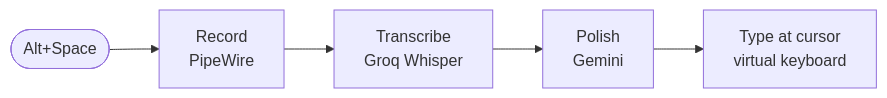
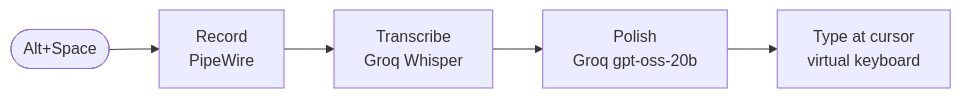
Before and after one commit to anirudhprashant/tuxspeak: the diagram in README.md, drawn with Mermaid. The commit also changed other lines of this file and 4 other files, not shown here.

First line of the commit message:
Faster dictation: Groq polish, typed recording marker, Alt-tap stop

````diff
--- a/README.md
+++ b/README.md
@@ -57,7 +57,7 @@
 ```mermaid
 flowchart LR
   A(["Alt+Space"]) --> B["Record<br/>PipeWire"]
   B --> C["Transcribe<br/>Groq Whisper"]
-  C --> D["Polish<br/>Gemini"]
+  C --> D["Polish<br/>Groq gpt-oss-20b"]
   D --> E["Type at cursor<br/>virtual keyboard"]
 ```
````
